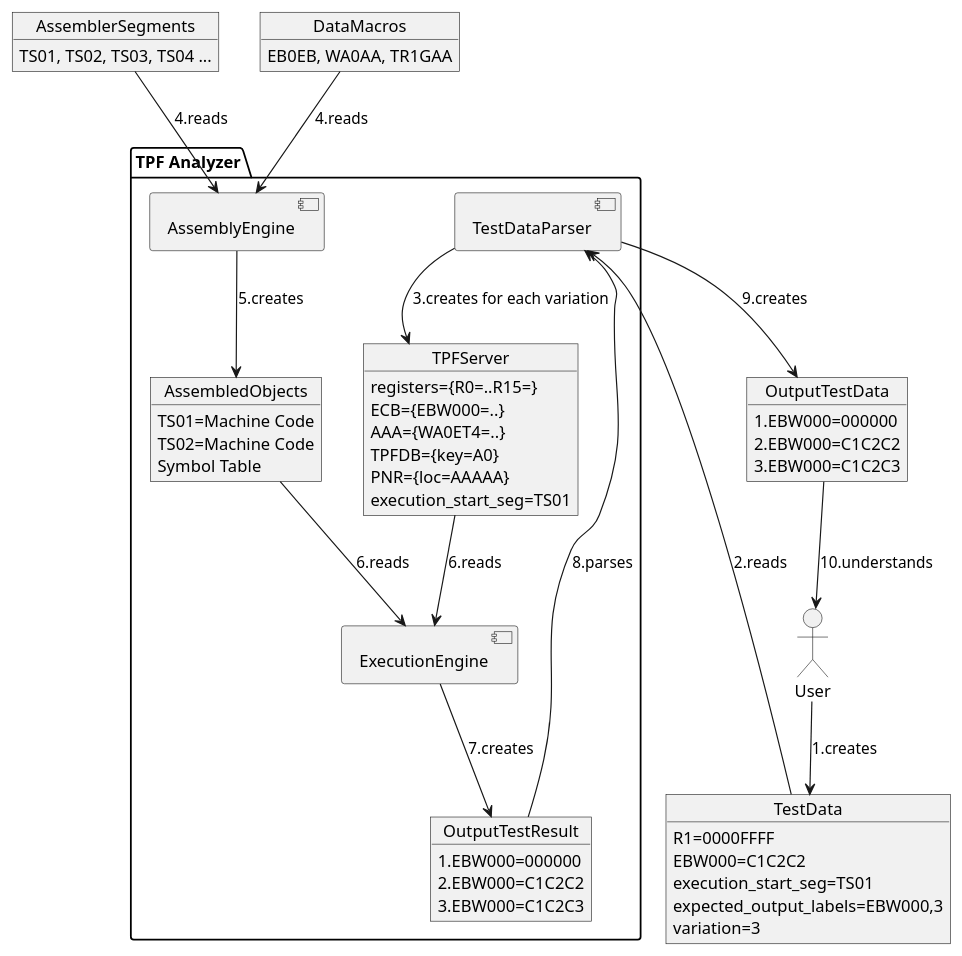
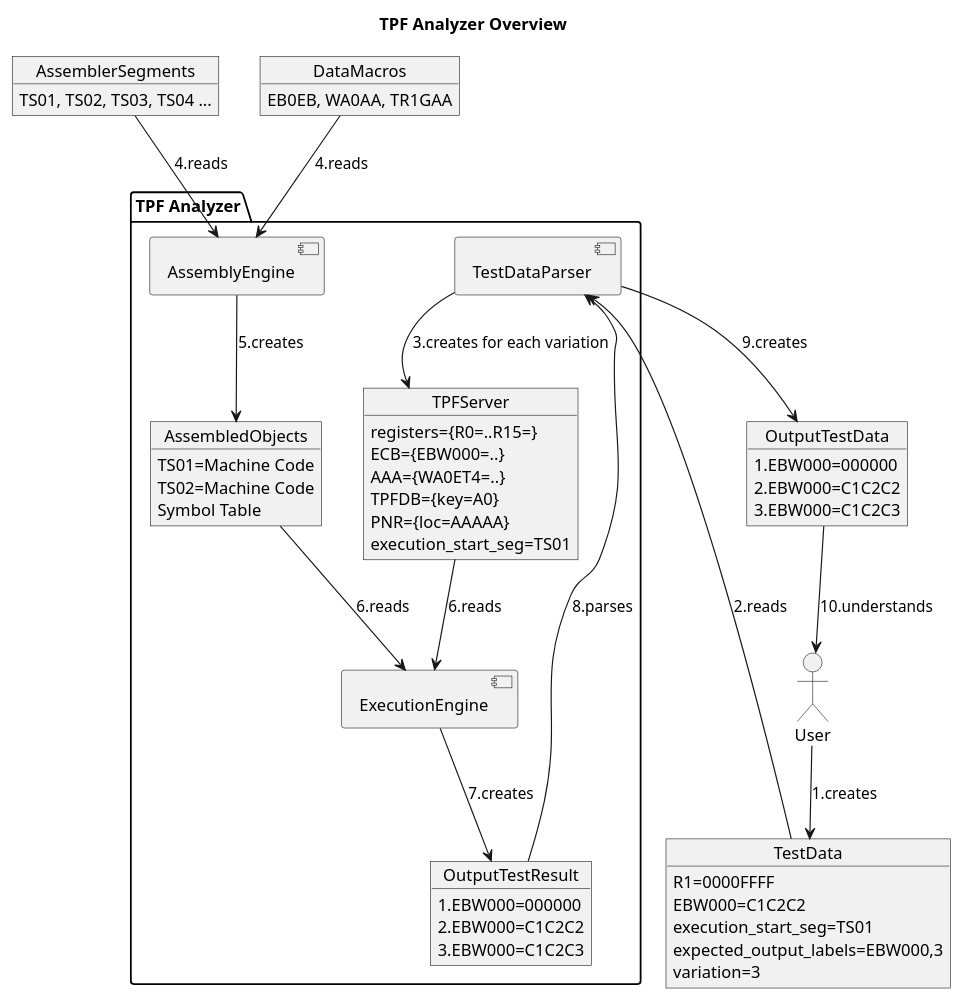
One commit to crazynayan/tpf1 changed the diagram in documentation/Overview.puml. Above: the diagram before and after it, drawn with PlantUML. The commit also changed 5 other files, not shown here.

```diff
--- a/documentation/Overview.puml
+++ b/documentation/Overview.puml
@@ -1,65 +1,66 @@
 @startuml
 allow_mixing
-
+title TPF Analyzer Overview
+skinparam backgroundColor White
 
 object TestData {
     R1=0000FFFF
     EBW000=C1C2C2
     execution_start_seg=TS01
     expected_output_labels=EBW000,3
     variation=3
 }
 
 object AssemblerSegments {
     TS01, TS02, TS03, TS04 ...
 }
 object DataMacros {
     EB0EB, WA0AA, TR1GAA
 }
 
 object OutputTestData {
     1.EBW000=000000
     2.EBW000=C1C2C2
     3.EBW000=C1C2C3
 }
 
 actor User
 
 
 User --> TestData : 1.creates
 OutputTestData --> User: 10.understands
 
 package "TPF Analyzer" {
     component TestDataParser
     component ExecutionEngine
     component AssemblyEngine
     object TPFServer {
         registers={R0=..R15=}
         ECB={EBW000=..}
         AAA={WA0ET4=..}
         TPFDB={key=A0}
         PNR={loc=AAAAA}
         execution_start_seg=TS01
     }
     object AssembledObjects {
         TS01=Machine Code
         TS02=Machine Code
         Symbol Table
     }
     object OutputTestResult {
         1.EBW000=000000
         2.EBW000=C1C2C2
         3.EBW000=C1C2C3
     }
     TestData --> TestDataParser : 2.reads
     TestDataParser --> TPFServer : 3.creates for each variation
     AssemblerSegments --> AssemblyEngine : 4.reads
     DataMacros --> AssemblyEngine : 4.reads
     AssemblyEngine --> AssembledObjects : 5.creates
     AssembledObjects --> ExecutionEngine : 6.reads
     TPFServer --> ExecutionEngine : 6.reads
     ExecutionEngine --> OutputTestResult : 7.creates
     OutputTestResult --> TestDataParser : 8.parses
     TestDataParser --> OutputTestData : 9.creates
 }
 @enduml
```
